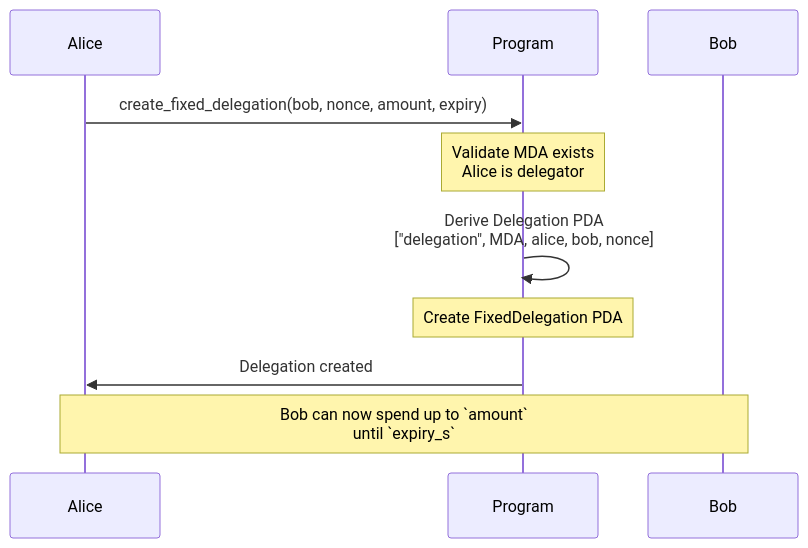
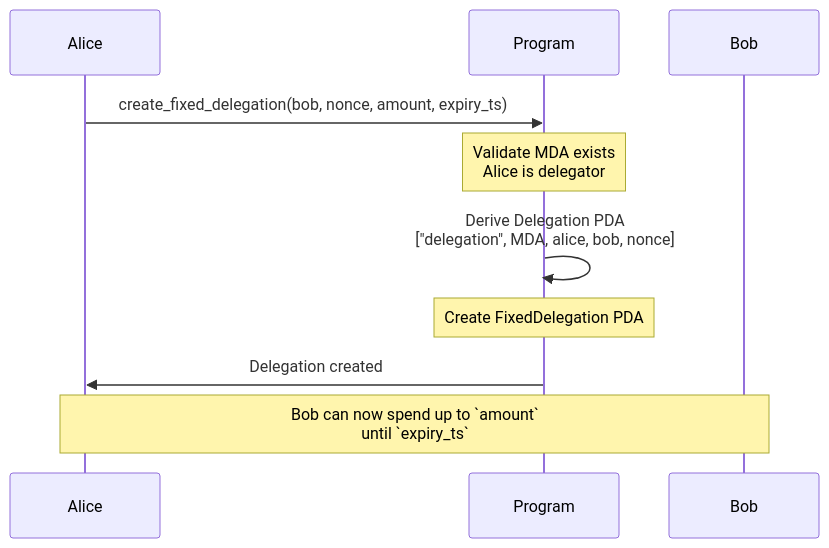
The third of 6 diagrams in docs/001-multi-delegator-architecture.md (solana-program/multi-delegator), drawn with Mermaid before and after one commit. The commit also changed other lines of this file and 31 other files, not shown here.

````diff
--- a/docs/001-multi-delegator-architecture.md
+++ b/docs/001-multi-delegator-architecture.md
@@ -66,15 +66,15 @@
 ```mermaid
 sequenceDiagram
     participant A as Alice
     participant P as Program
     participant B as Bob
 
-    A->>P: create_fixed_delegation(bob, nonce, amount, expiry)
+    A->>P: create_fixed_delegation(bob, nonce, amount, expiry_ts)
     Note over P: Validate MDA exists<br/>Alice is delegator
 
     P->>P: Derive Delegation PDA<br/>["delegation", MDA, alice, bob, nonce]
     Note over P: Create FixedDelegation PDA
     P->>A: Delegation created
 
-    Note over A,B: Bob can now spend up to `amount`<br/>until `expiry_s`
+    Note over A,B: Bob can now spend up to `amount`<br/>until `expiry_ts`
 ```
````
